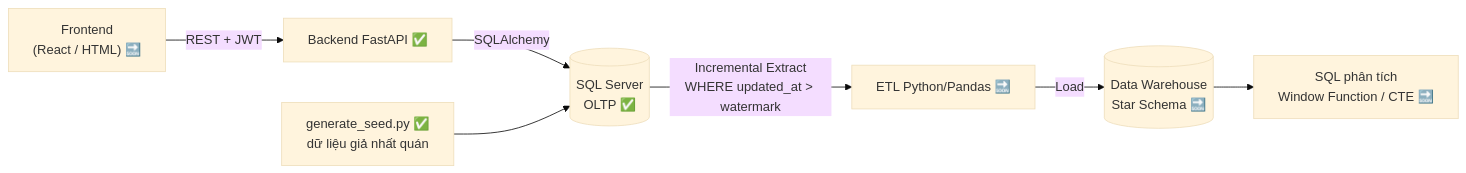
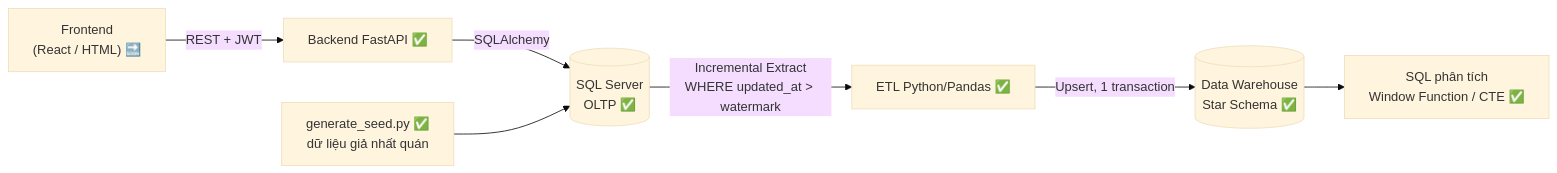
Before and after one commit to Nghiepcoder17v/cho-troi-uit: the first of 2 diagrams in README.md, drawn with Mermaid (base theme). The commit also changed other lines of this file and 1 other file, not shown here.

First line of the commit message:
docs: document the data pipeline, add DWH star schema dbml

````diff
--- a/README.md
+++ b/README.md
@@ -7,9 +7,9 @@
 ```mermaid
 flowchart LR
     FE["Frontend<br/>(React / HTML) 🔜"] -->|REST + JWT| API["Backend FastAPI ✅"]
     API -->|SQLAlchemy| OLTP[("SQL Server<br/>OLTP ✅")]
     GEN["generate_seed.py ✅<br/>dữ liệu giả nhất quán"] --> OLTP
-    OLTP -->|"Incremental Extract<br/>WHERE updated_at > watermark"| ETL["ETL Python/Pandas 🔜"]
-    ETL -->|Load| DWH[("Data Warehouse<br/>Star Schema 🔜")]
-    DWH --> SQL["SQL phân tích<br/>Window Function / CTE 🔜"]
+    OLTP -->|"Incremental Extract<br/>WHERE updated_at > watermark"| ETL["ETL Python/Pandas ✅"]
+    ETL -->|"Upsert, 1 transaction"| DWH[("Data Warehouse<br/>Star Schema ✅")]
+    DWH --> SQL["SQL phân tích<br/>Window Function / CTE ✅"]
 ```
````
